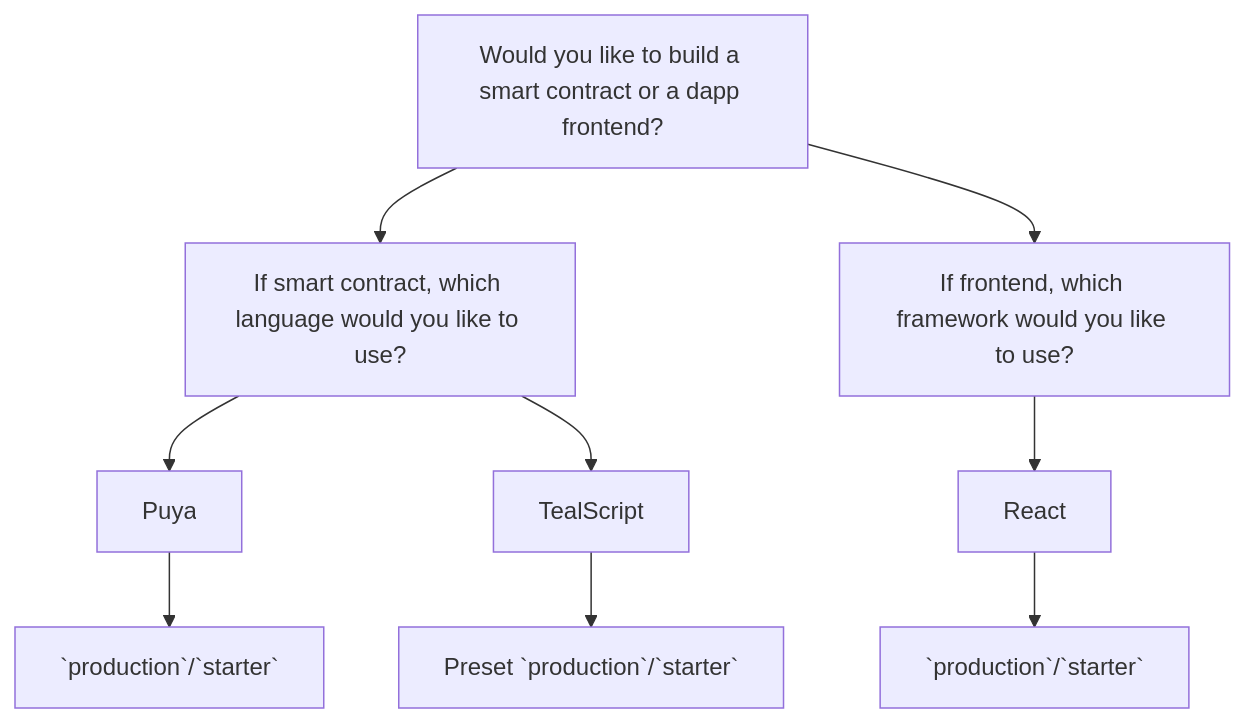
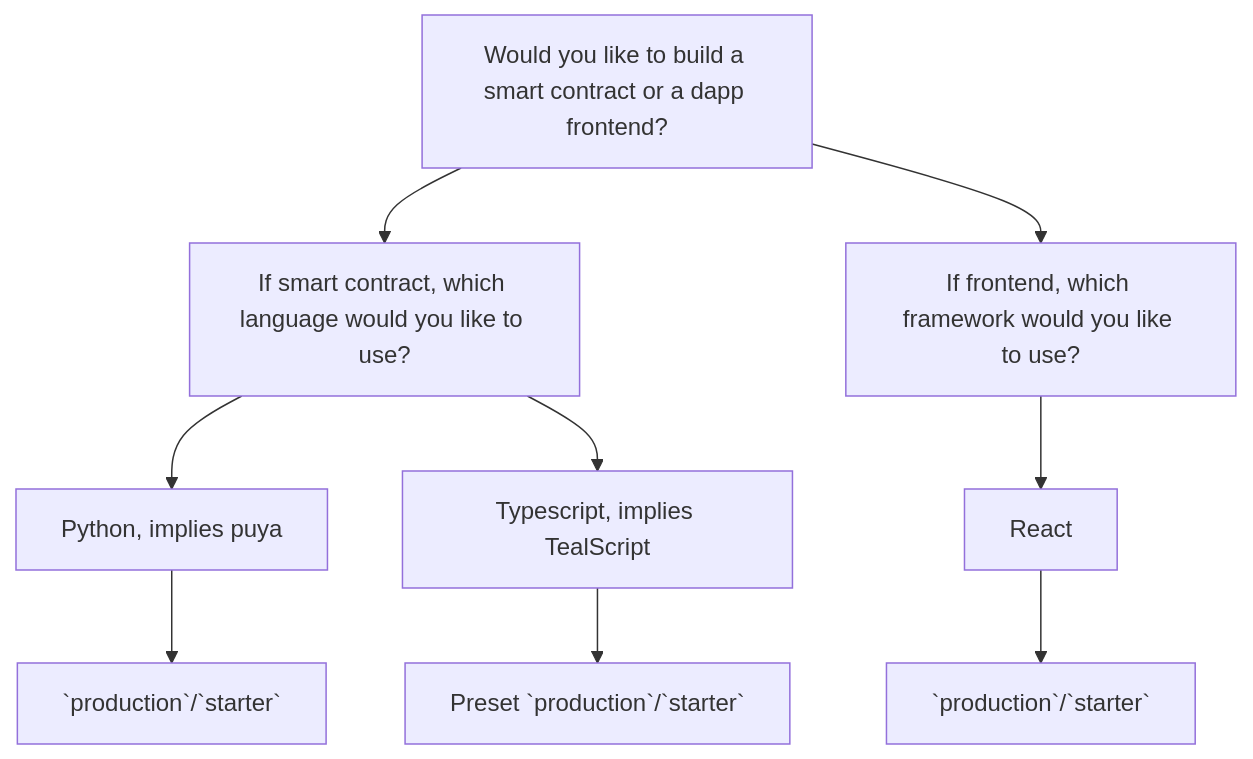
One commit to algorandfoundation/algokit-cli changed the third of 3 diagrams in docs/architecture-decisions/2024-01-23_init-wizard-v2.md. Above: the diagram before and after it, drawn with Mermaid. The commit also changed other lines of this file, not shown here.

````diff
--- a/docs/architecture-decisions/2024-01-23_init-wizard-v2.md
+++ b/docs/architecture-decisions/2024-01-23_init-wizard-v2.md
@@ -21,20 +67,20 @@
 ```mermaid
 graph TB
     A[Would you like to build a smart contract or a dapp frontend?]
     B[If smart contract, which language would you like to use?]
     C[If frontend, which framework would you like to use?]
-    D[Puya]
-    E[TealScript]
+    D[Python, implies puya]
+    E[Typescript, implies TealScript]
     F[React]
     G[`production`/`starter`]
     H[Preset `production`/`starter`]
     I[`production`/`starter`]
     A --> B
     A --> C
     B --> D
     D --> G
     B --> E
     E --> H
     C --> F
     F --> I
 ```
````
